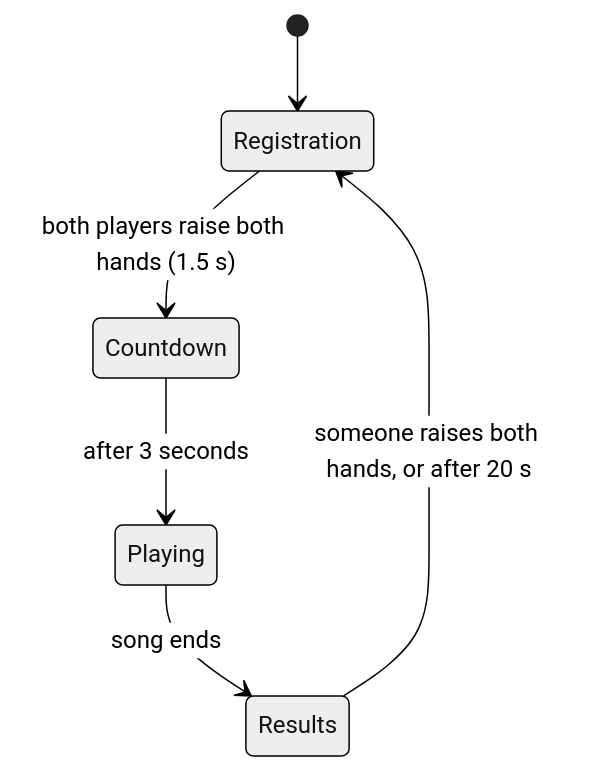
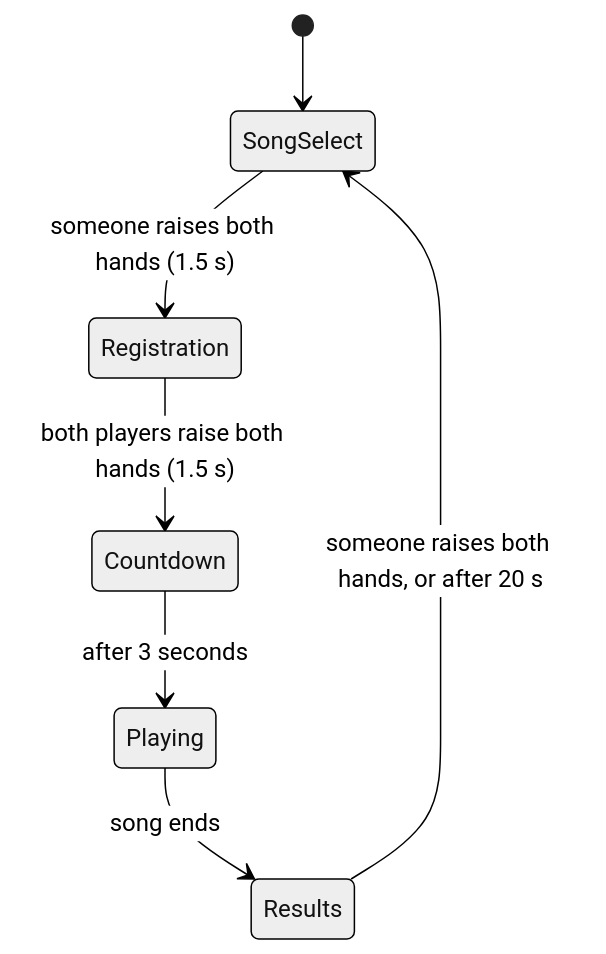
The diagram in docs/game_structure.md (BonusBolus/IPCV---Just-Dance---Group-38), drawn with Mermaid (neutral theme) before and after one commit. The commit also changed other lines of this file and 10 other files, not shown here.

First line of the commit message:
Add a song selection screen before registration

````diff
--- a/docs/game_structure.md
+++ b/docs/game_structure.md
@@ -18,8 +18,9 @@
 ```mermaid
 stateDiagram-v2
-    [*] --> Registration
+    [*] --> SongSelect
+    SongSelect --> Registration: someone raises both hands (1.5 s)
     Registration --> Countdown: both players raise both hands (1.5 s)
     Countdown --> Playing: after 3 seconds
     Playing --> Results: song ends
-    Results --> Registration: someone raises both hands, or after 20 s
+    Results --> SongSelect: someone raises both hands, or after 20 s
 ```
````
